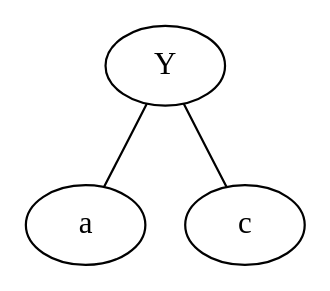
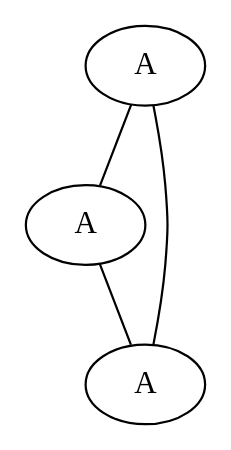
The diagram in data/P1.dot (joannb1022/GraphTransformations), drawn with Graphviz before and after one commit. The commit also changed 26 other files, not shown here.

```diff
--- a/data/P1.dot
+++ b/data/P1.dot
@@ -1,7 +1,8 @@
-graph R {
-    r1 [label = "Y"];
-    r2 [label = "a"];
-    r3 [label = "c"];
-    r1 -- r2;
-    r1 -- r3;
+graph RHS_1 {
+v1 -- v2;
+v2 -- v3;
+v3 -- v1;
+v1 [label="A"];
+v2 [label="A"];
+v3 [label="A"];
 }
```
